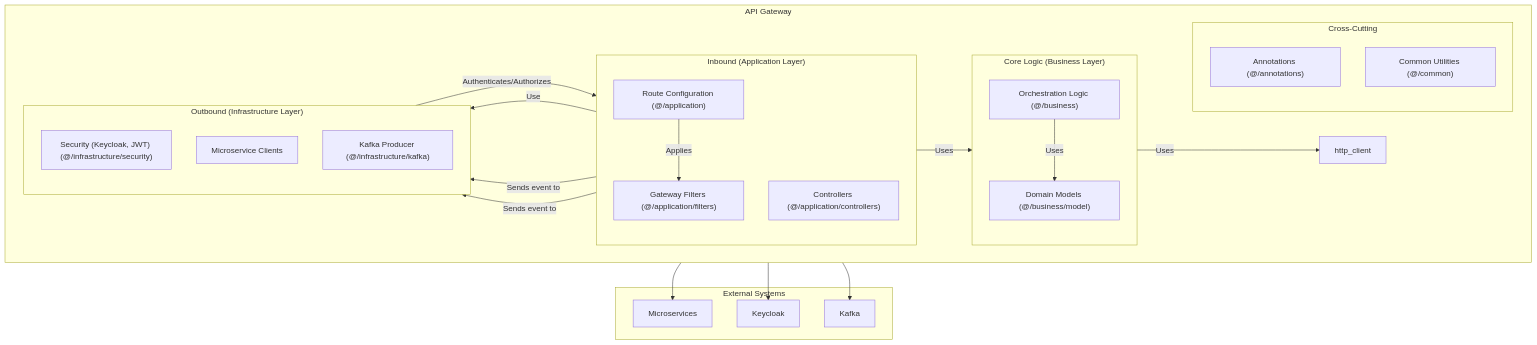
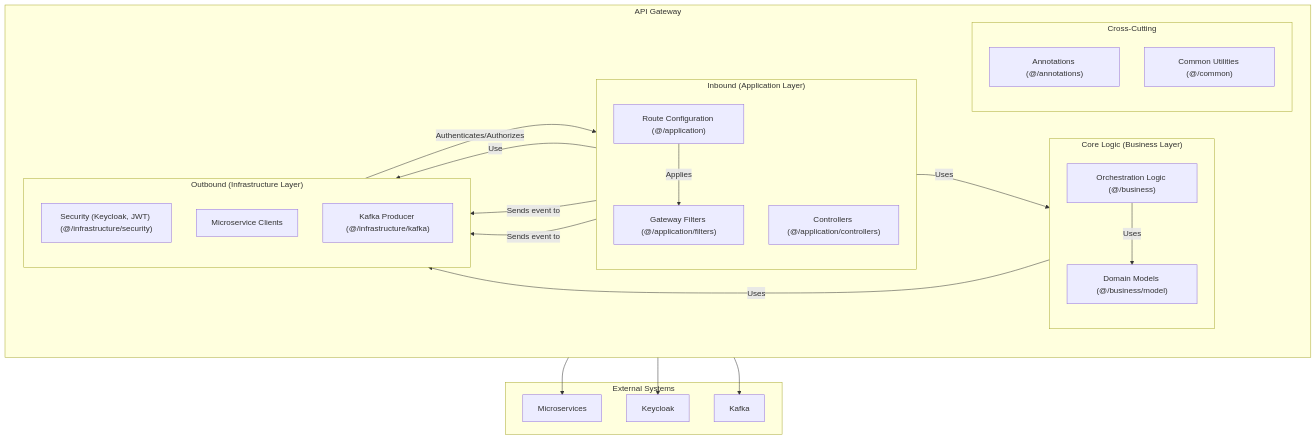
Before and after one commit to hungdev11/Delivery-Coodinating-System-And-Delivery-App: the first of 2 diagrams in reports/2_BACKEND/1_API_GATEWAY.md, drawn with Mermaid. The commit also changed other lines of this file and 203 other files, not shown here.

````diff
--- a/reports/2_BACKEND/1_API_GATEWAY.md
+++ b/reports/2_BACKEND/1_API_GATEWAY.md
@@ -5,54 +28,54 @@
 ```mermaid
 graph TD
     subgraph "API Gateway"
         direction LR
 
         subgraph "Inbound (Application Layer)"
             direction TB
             route_config["Route Configuration (@/application)"]
             filters["Gateway Filters (@/application/filters)"]
             controllers["Controllers (@/application/controllers)"]
         end
 
         subgraph "Core Logic (Business Layer)"
             direction TB
             orchestration["Orchestration Logic (@/business)"]
             domain_models["Domain Models (@/business/model)"]
         end
 
         subgraph "Outbound (Infrastructure Layer)"
             direction TB
             security["Security (Keycloak, JWT) (@/infrastructure/security)"]
             http_clients["Microservice Clients (@/infrastructure/clients)"]
             kafka_producer["Kafka Producer (@/infrastructure/kafka)"]
         end
 
         subgraph "Cross-Cutting"
             direction TB
             annotations["Annotations (@/annotations)"]
             common["Common Utilities (@/common)"]
         end
 
         %% Connections
         controllers -- "Uses" --> orchestration
         route_config -- "Applies" --> filters
         filters -- "Use" --> security
-        orchestration -- "Uses" --> http_client
+        orchestration -- "Uses" --> http_clients
         orchestration -- "Uses" --> domain_models
         
         controllers -- "Sends event to" --> kafka_producer
         filters -- "Sends event to" --> kafka_producer
 
         security -- "Authenticates/Authorizes" --> controllers
     end
 
     subgraph "External Systems"
         Microservices
         Keycloak
         Kafka
     end
 
     http_clients["Microservice Clients"] --> Microservices
     security --> Keycloak
     kafka_producer --> Kafka
 ```
````
